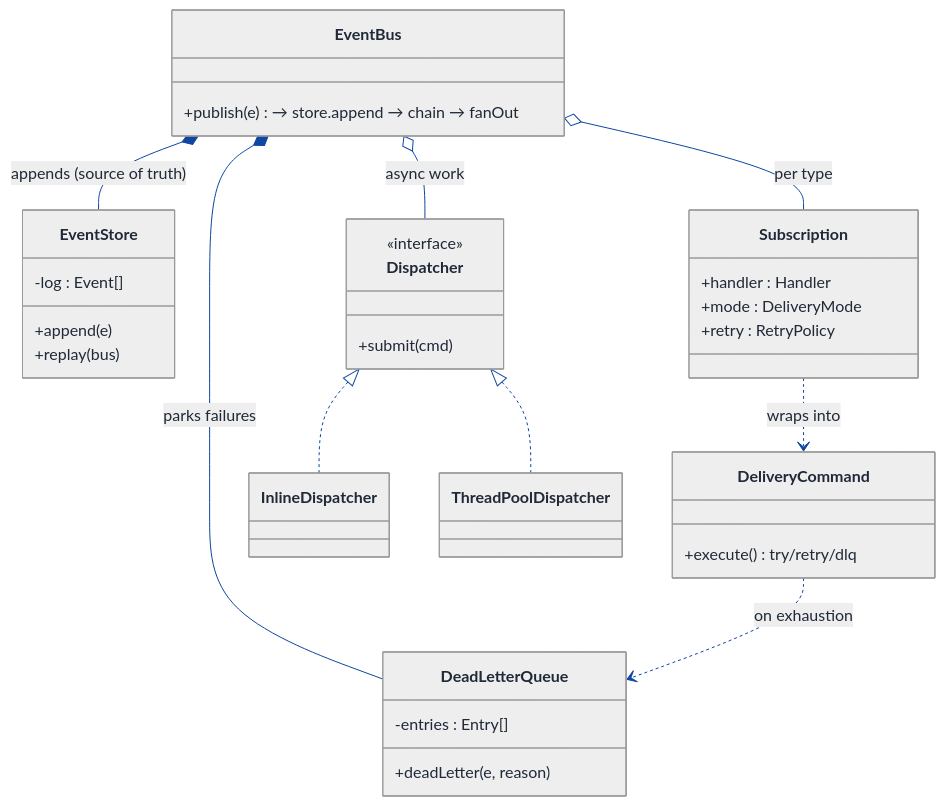
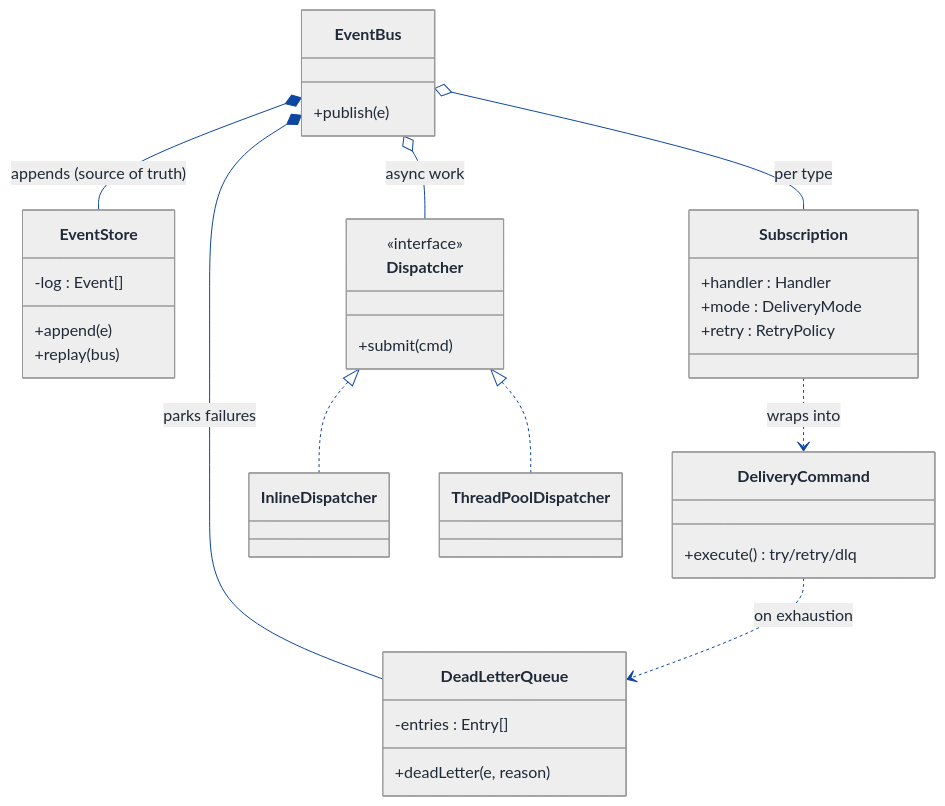
One commit to Prateek-5/question-bank changed the fourth of 9 diagrams in LLD/Topics/Observer_Pattern/Event_Driven_Framework.md. Above: the diagram before and after it, drawn with Mermaid. The commit also changed other lines of this file and 61 other files, not shown here.

First line of the commit message:
Fix invalid mermaid classDiagram member syntax across LLD walkthroughs

````diff
--- a/LLD/Topics/Observer_Pattern/Event_Driven_Framework.md
+++ b/LLD/Topics/Observer_Pattern/Event_Driven_Framework.md
@@ -744,70 +744,70 @@
 ```mermaid
 ---
 config:
   theme: neutral
   themeVariables:
     background: '#ffffff'
     primaryColor: '#cfe2ff'
     primaryTextColor: '#1f2937'
     primaryBorderColor: '#084298'
     secondaryColor: '#fff3cd'
     secondaryTextColor: '#1f2937'
     secondaryBorderColor: '#664d03'
     tertiaryColor: '#d1e7dd'
     tertiaryTextColor: '#1f2937'
     tertiaryBorderColor: '#0a3622'
     lineColor: '#0d47a1'
     textColor: '#1f2937'
     noteBkgColor: '#fff3cd'
     noteTextColor: '#1f2937'
     noteBorderColor: '#997404'
     actorBkg: '#cfe2ff'
     actorBorder: '#084298'
     actorTextColor: '#1f2937'
     signalColor: '#0d47a1'
     signalTextColor: '#1f2937'
     labelBoxBkgColor: '#ffffff'
     labelBoxBorderColor: '#d3d3d3'
     labelTextColor: '#1f2937'
     edgeLabelBackground: '#ffffff'
     labelBackground: '#ffffff'
     classText: '#1f2937'
     fontFamily: 'system-ui, -apple-system, Segoe UI, Helvetica, Arial, sans-serif'
 ---
 classDiagram
   direction TB
   class EventBus {
-    +publish(e) → store.append → chain → fanOut
+    +publish(e)
   }
   class EventStore {
     -log : Event[]
     +append(e)
     +replay(bus)
   }
   class Subscription {
     +handler : Handler
     +mode : DeliveryMode
     +retry : RetryPolicy
   }
   class DeliveryCommand {
     +execute() try/retry/dlq
   }
   class DeadLetterQueue {
     -entries : Entry[]
     +deadLetter(e, reason)
   }
   class Dispatcher {
     <<interface>>
     +submit(cmd)
   }
   class InlineDispatcher
   class ThreadPoolDispatcher
   EventBus *-- EventStore : appends (source of truth)
   EventBus *-- DeadLetterQueue : parks failures
   EventBus o-- Subscription : per type
   EventBus o-- Dispatcher : async work
   Subscription ..> DeliveryCommand : wraps into
   DeliveryCommand ..> DeadLetterQueue : on exhaustion
   Dispatcher <|.. InlineDispatcher
   Dispatcher <|.. ThreadPoolDispatcher
 ```
````
